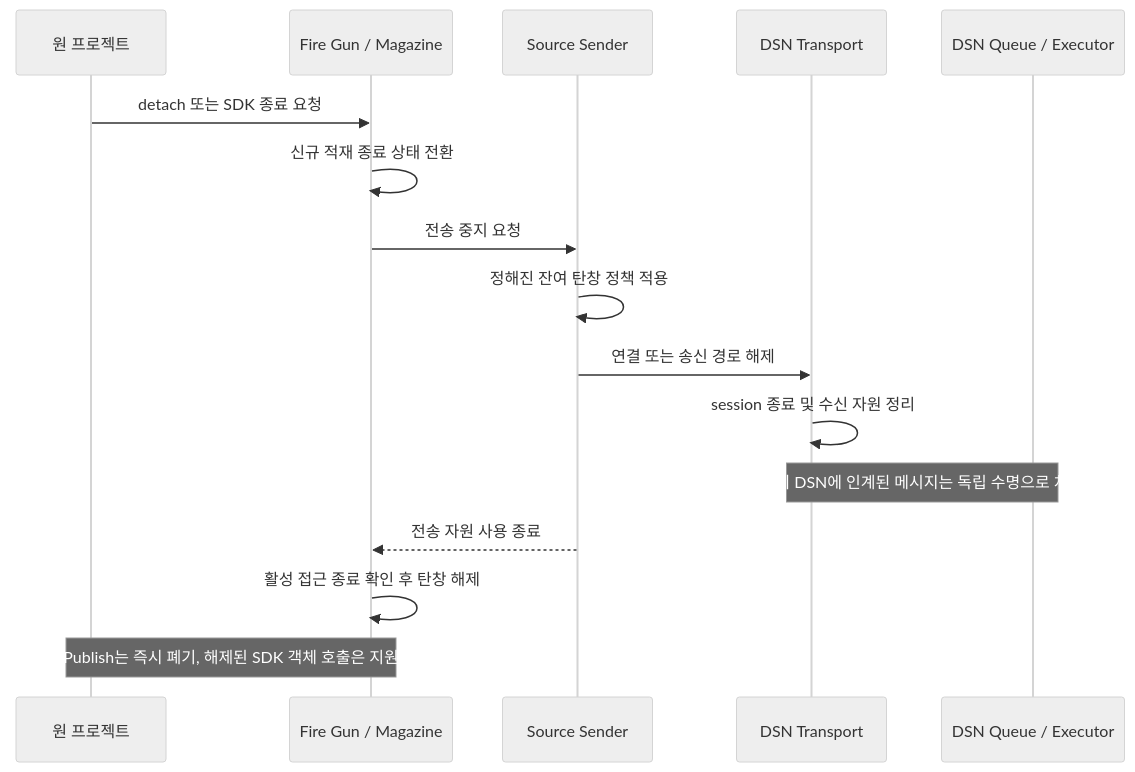
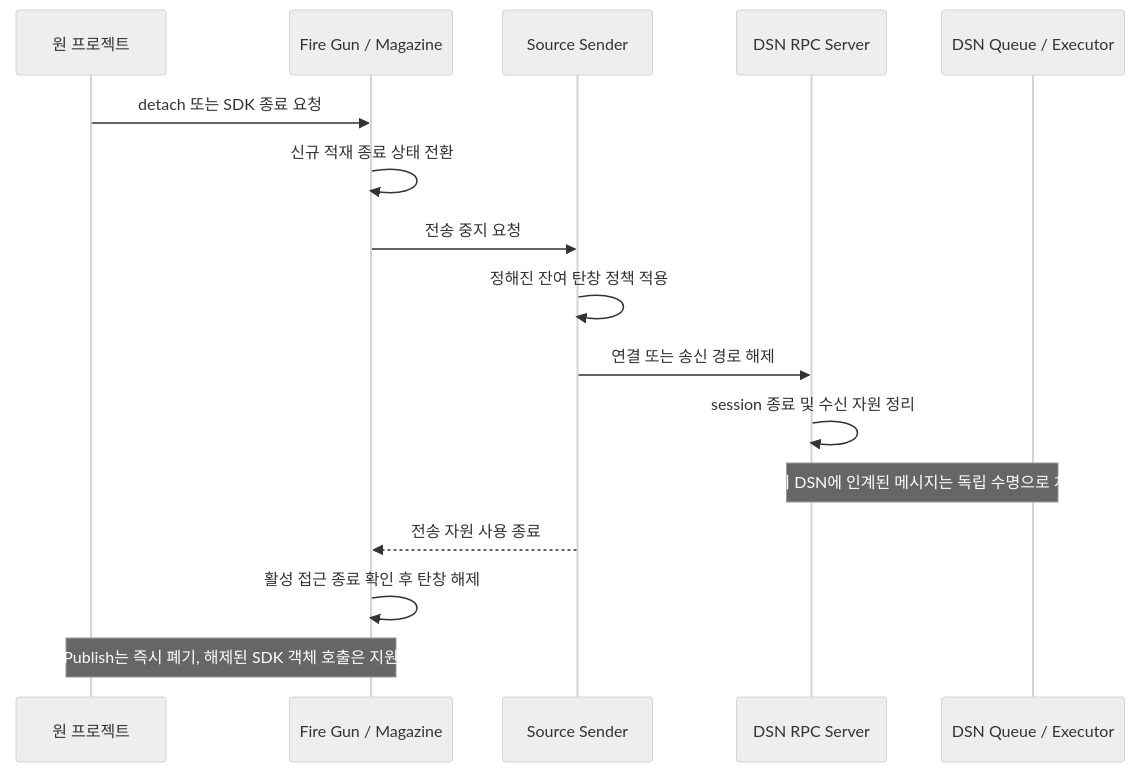
One commit to south-hive/project-dsn changed the fourth of 8 diagrams in docs/arch/08-sequences.md. Above: the diagram before and after it, drawn with Mermaid (neutral theme). The commit also changed other lines of this file and 26 other files, not shown here.

````diff
--- a/docs/arch/08-sequences.md
+++ b/docs/arch/08-sequences.md
@@ -121,18 +121,18 @@
 ```mermaid
 sequenceDiagram
     participant App as 원 프로젝트
     participant SDK as Fire Gun / Magazine
     participant Sender as Source Sender
-    participant Transport as DSN Transport
+    participant Transport as DSN RPC Server
     participant Queue as DSN Queue / Executor
     App->>SDK: detach 또는 SDK 종료 요청
     SDK->>SDK: 신규 적재 종료 상태 전환
     SDK->>Sender: 전송 중지 요청
     Sender->>Sender: 정해진 잔여 탄창 정책 적용
     Sender->>Transport: 연결 또는 송신 경로 해제
     Transport->>Transport: session 종료 및 수신 자원 정리
     Note over Transport,Queue: 이미 DSN에 인계된 메시지는 독립 수명으로 처리
     Sender-->>SDK: 전송 자원 사용 종료
     SDK->>SDK: 활성 접근 종료 확인 후 탄창 해제
     Note over App,SDK: 전환 중 Publish는 즉시 폐기, 해제된 SDK 객체 호출은 지원 계약 밖
 ```
````
